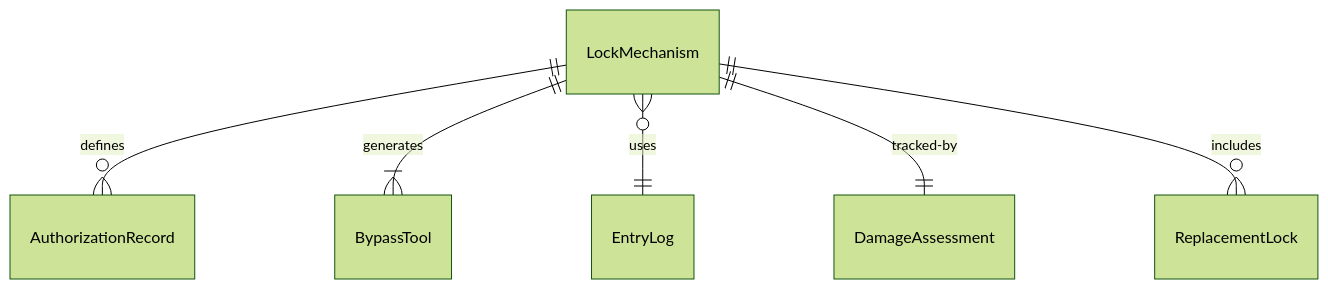
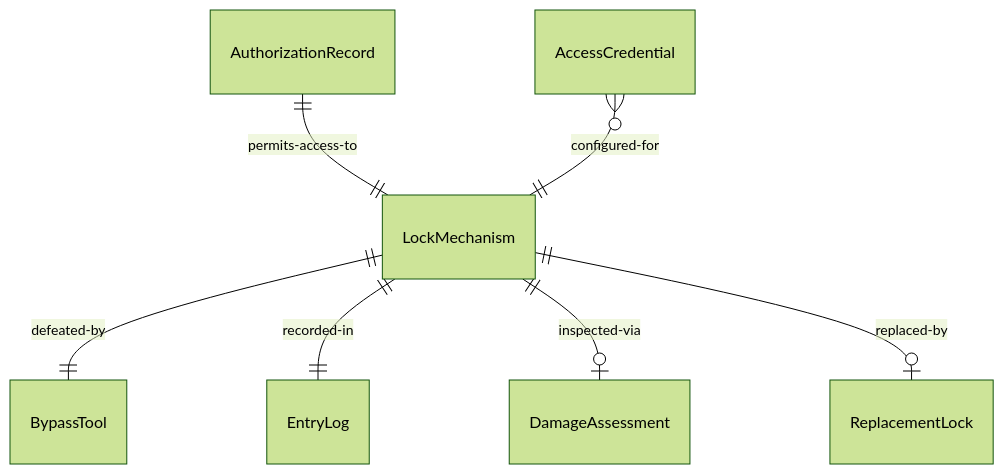
Before and after one commit to dot-org-ai/tasks.org.ai: the first of 4 diagrams in HandlingAndMovingObjects/DisassembleEquipment/DisableDoorLocks.mdx, drawn with Mermaid (forest theme). The commit also changed other lines of this file and 515 other files, not shown here.

````diff
--- a/HandlingAndMovingObjects/DisassembleEquipment/DisableDoorLocks.mdx
+++ b/HandlingAndMovingObjects/DisassembleEquipment/DisableDoorLocks.mdx
@@ -89,8 +89,9 @@
 ```mermaid
 erDiagram
-    LockMechanism ||--o{ AuthorizationRecord : "defines"
-    LockMechanism ||--|{ BypassTool : "generates"
-    LockMechanism }o--|| EntryLog : "uses"
-    LockMechanism ||--|| DamageAssessment : "tracked-by"
-    LockMechanism ||--o{ ReplacementLock : "includes"
+    AuthorizationRecord ||--|| LockMechanism : "permits-access-to"
+    LockMechanism ||--|| BypassTool : "defeated-by"
+    LockMechanism ||--|| EntryLog : "recorded-in"
+    LockMechanism ||--o| DamageAssessment : "inspected-via"
+    LockMechanism ||--o| ReplacementLock : "replaced-by"
+    AccessCredential }o--|| LockMechanism : "configured-for"
 ```
````
